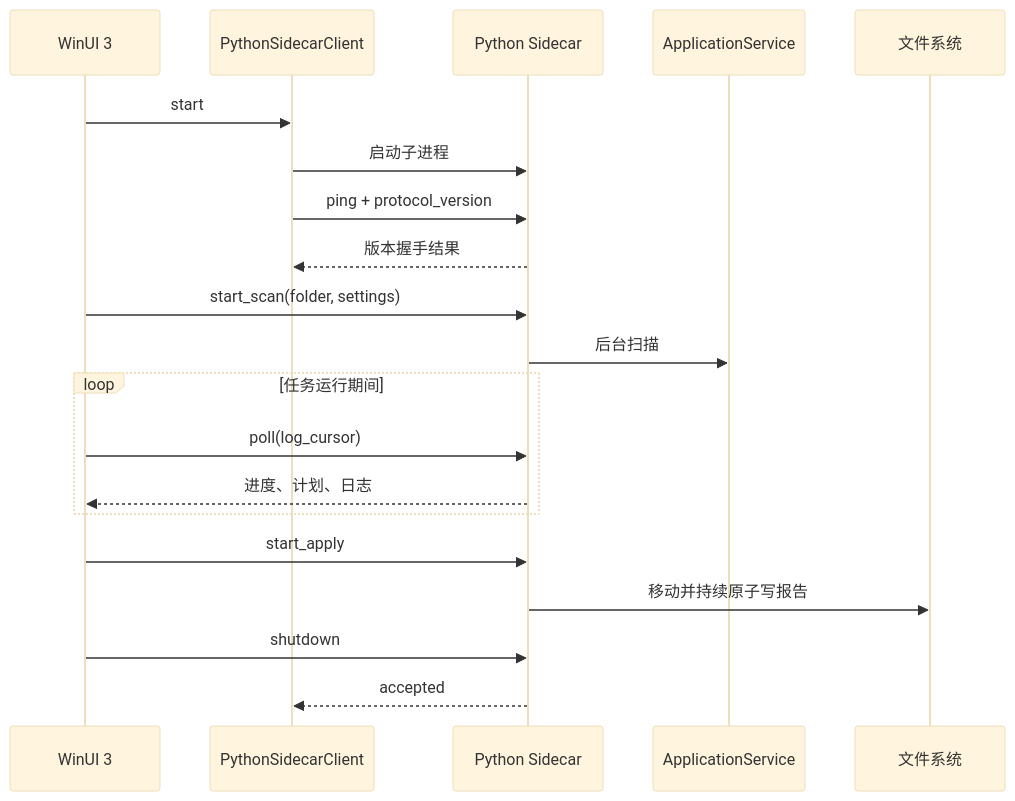
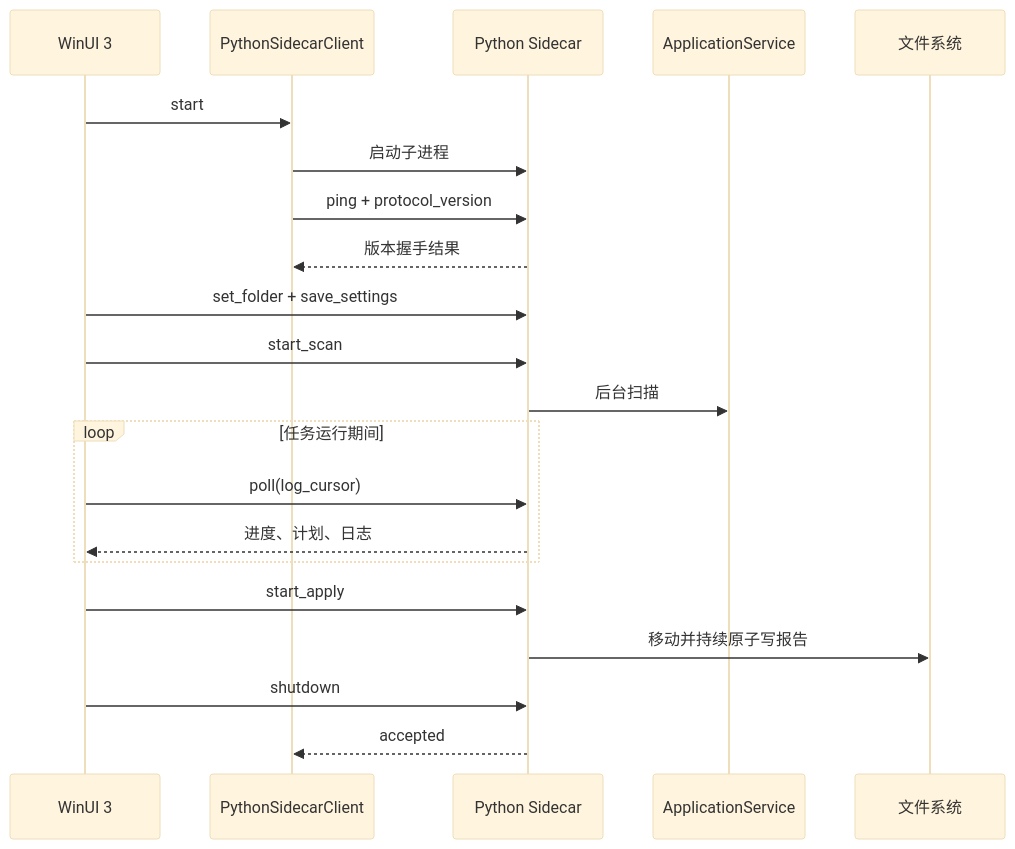
One commit to chenhaoxiang05/LightNovelSelector changed the diagram in docs/WINUI_ARCHITECTURE.md. Above: the diagram before and after it, drawn with Mermaid (base theme). The commit also changed other lines of this file and 14 other files, not shown here.

````diff
--- a/docs/WINUI_ARCHITECTURE.md
+++ b/docs/WINUI_ARCHITECTURE.md
@@ -7,23 +7,24 @@
 ```mermaid
 sequenceDiagram
     participant UI as WinUI 3
     participant Client as PythonSidecarClient
     participant Sidecar as Python Sidecar
     participant Service as ApplicationService
     participant FS as 文件系统
 
     UI->>Client: start
     Client->>Sidecar: 启动子进程
     Client->>Sidecar: ping + protocol_version
     Sidecar-->>Client: 版本握手结果
-    UI->>Sidecar: start_scan(folder, settings)
+    UI->>Sidecar: set_folder + save_settings
+    UI->>Sidecar: start_scan
     Sidecar->>Service: 后台扫描
     loop 任务运行期间
         UI->>Sidecar: poll(log_cursor)
         Sidecar-->>UI: 进度、计划、日志
     end
     UI->>Sidecar: start_apply
     Sidecar->>FS: 移动并持续原子写报告
     UI->>Sidecar: shutdown
     Sidecar-->>Client: accepted
 ```
````
